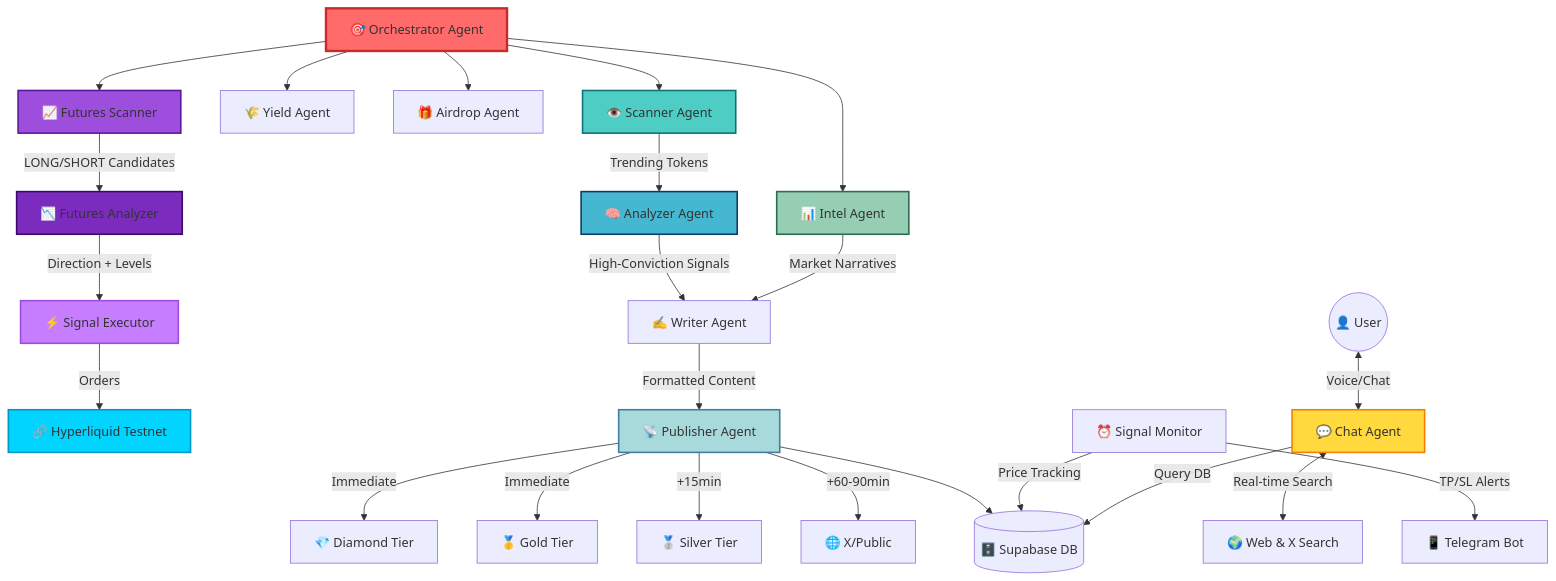
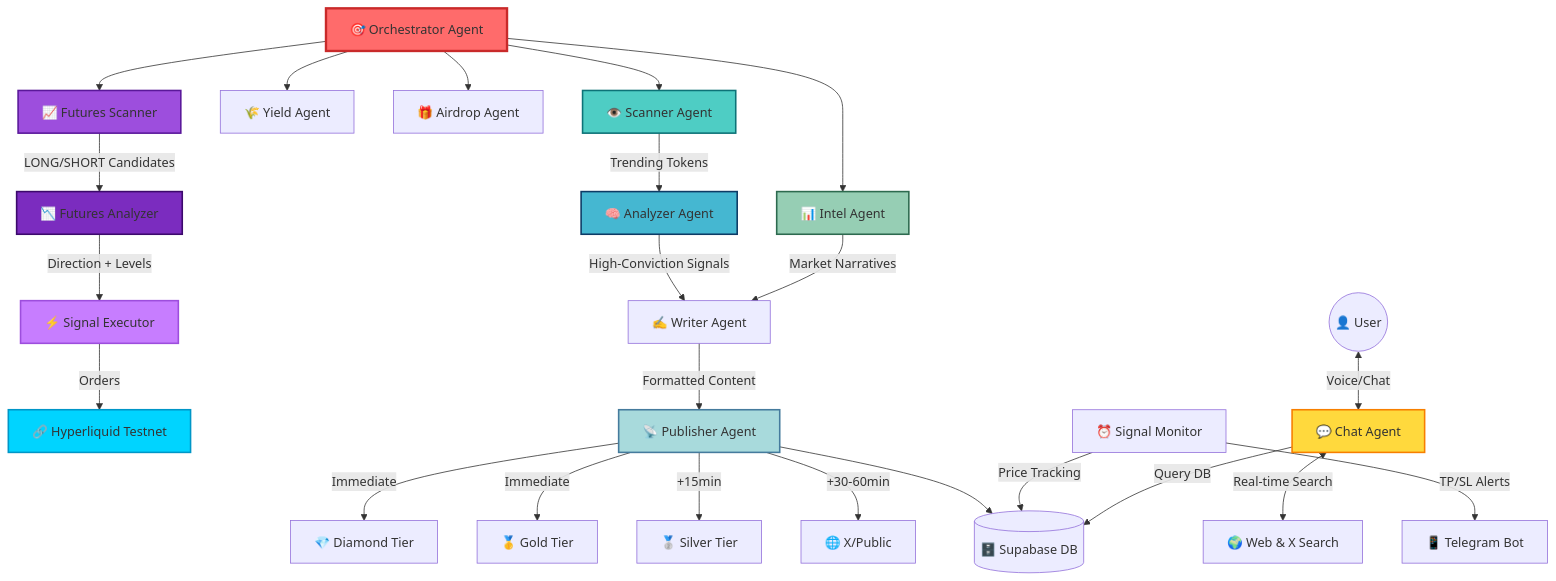
Before and after one commit to zaikaman/RogueAgent: the diagram in README.md, drawn with Mermaid. The commit also changed other lines of this file and 15 other files, not shown here.

````diff
--- a/README.md
+++ b/README.md
@@ -106,41 +106,41 @@
 ```mermaid
 graph TD
     Orchestrator[🎯 Orchestrator Agent] --> Scanner[👁️ Scanner Agent]
     Orchestrator --> Intel[📊 Intel Agent]
     Orchestrator --> Yield[🌾 Yield Agent]
     Orchestrator --> Airdrop[🎁 Airdrop Agent]
     Orchestrator --> FuturesScanner[📈 Futures Scanner]
     
     Scanner -->|Trending Tokens| Analyzer[🧠 Analyzer Agent]
     Analyzer -->|High-Conviction Signals| Writer[✍️ Writer Agent]
     Intel -->|Market Narratives| Writer
     
     FuturesScanner -->|LONG/SHORT Candidates| FuturesAnalyzer[📉 Futures Analyzer]
     FuturesAnalyzer -->|Direction + Levels| FuturesExecutor[⚡ Signal Executor]
     FuturesExecutor -->|Orders| Hyperliquid[🔗 Hyperliquid Testnet]
     
     Writer -->|Formatted Content| Publisher[📡 Publisher Agent]
     Publisher -->|Immediate| Diamond[💎 Diamond Tier]
     Publisher -->|Immediate| Gold[🥇 Gold Tier]
     Publisher -->|+15min| Silver[🥈 Silver Tier]
-    Publisher -->|+60-90min| Public[🌐 X/Public]
+    Publisher -->|+30-60min| Public[🌐 X/Public]
     Publisher --> DB[(🗄️ Supabase DB)]
     
     Monitor[⏰ Signal Monitor] -->|Price Tracking| DB
     Monitor -->|TP/SL Alerts| Telegram[📱 Telegram Bot]
     
     User((👤 User)) <-->|Voice/Chat| ChatAgent[💬 Chat Agent]
     ChatAgent <-->|Real-time Search| Web[🌍 Web & X Search]
     ChatAgent -->|Query DB| DB
     
     style Orchestrator fill:#ff6b6b,stroke:#c92a2a,stroke-width:3px
     style Scanner fill:#4ecdc4,stroke:#0d7377,stroke-width:2px
     style Analyzer fill:#45b7d1,stroke:#0d3b66,stroke-width:2px
     style Intel fill:#96ceb4,stroke:#2d6a4f,stroke-width:2px
     style ChatAgent fill:#ffd93d,stroke:#f77f00,stroke-width:2px
     style Publisher fill:#a8dadc,stroke:#457b9d,stroke-width:2px
     style FuturesScanner fill:#9d4edd,stroke:#5a189a,stroke-width:2px
     style FuturesAnalyzer fill:#7b2cbf,stroke:#3c096c,stroke-width:2px
     style FuturesExecutor fill:#c77dff,stroke:#9d4edd,stroke-width:2px
     style Hyperliquid fill:#00d4ff,stroke:#0096c7,stroke-width:2px
 ```
````
